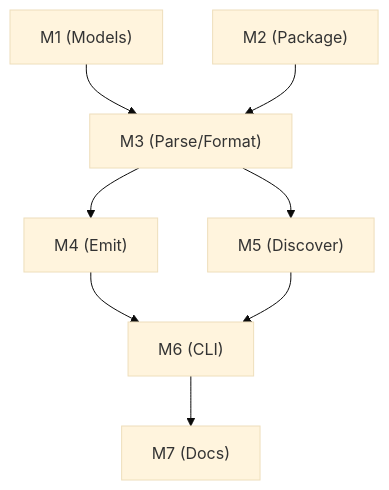
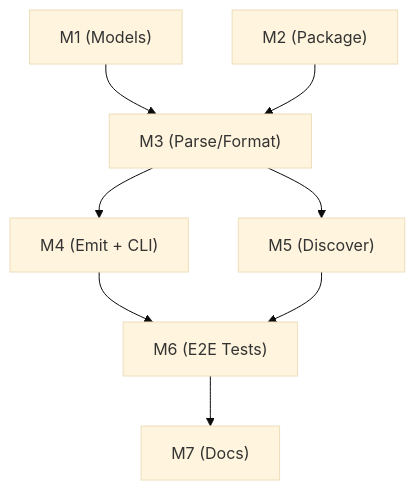
The diagram in memory-bank/tasks.md (Texarkanine/a16n), drawn with Mermaid (base theme) before and after one commit. The commit also changed other lines of this file and 16 other files, not shown here.

````diff
--- a/memory-bank/tasks.md
+++ b/memory-bank/tasks.md
@@ -387,10 +405,10 @@
 ```mermaid
 flowchart TD
     M1["M1 (Models)"] --> M3["M3 (Parse/Format)"]
     M2["M2 (Package)"] --> M3
-    M3 --> M4["M4 (Emit)"]
+    M3 --> M4["M4 (Emit + CLI)"]
     M3 --> M5["M5 (Discover)"]
-    M4 --> M6["M6 (CLI)"]
+    M4 --> M6["M6 (E2E Tests)"]
     M5 --> M6
     M6 --> M7["M7 (Docs)"]
 ```
````
